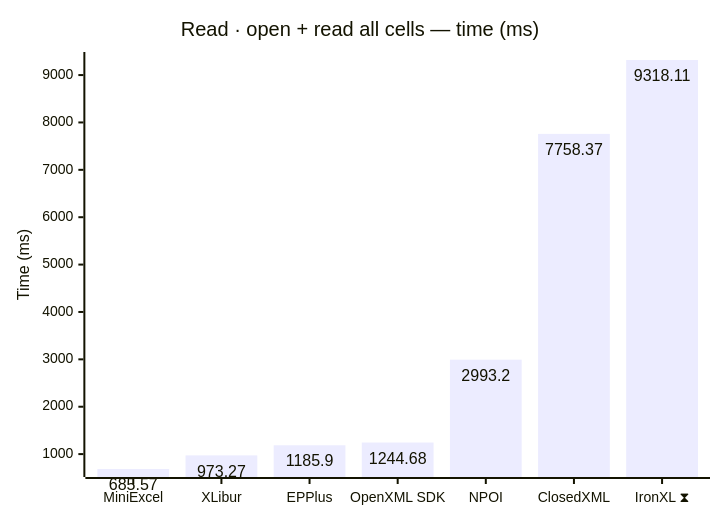
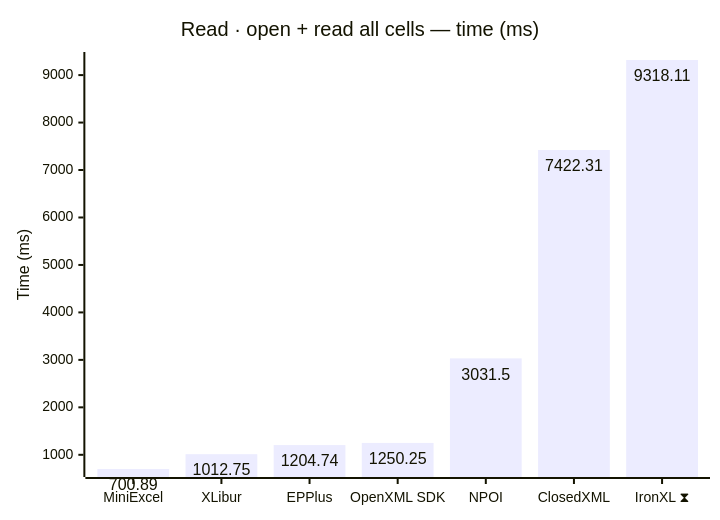
The third of 12 diagrams in docs/results-ci.md (jafin/XLBench), drawn with Mermaid before and after one commit. The commit also changed other lines of this file, not shown here.

````diff
--- a/docs/results-ci.md
+++ b/docs/results-ci.md
@@ -67,12 +67,12 @@
 ```mermaid
 ---
 config:
   xyChart:
     showDataLabel: true
 ---
 xychart-beta
     title "Read · open + read all cells — time (ms)"
     x-axis ["MiniExcel", "XLibur", "EPPlus", "OpenXML SDK", "NPOI", "ClosedXML", "IronXL ⧗"]
     y-axis "Time (ms)"
-    bar [685.57, 973.27, 1185.9, 1244.68, 2993.2, 7758.37, 9318.11]
+    bar [700.89, 1012.75, 1204.74, 1250.25, 3031.5, 7422.31, 9318.11]
 ```
````
